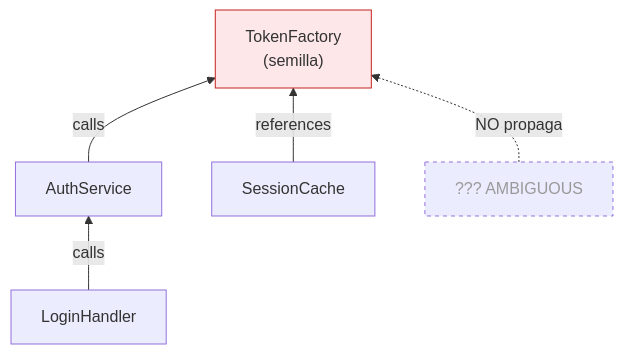
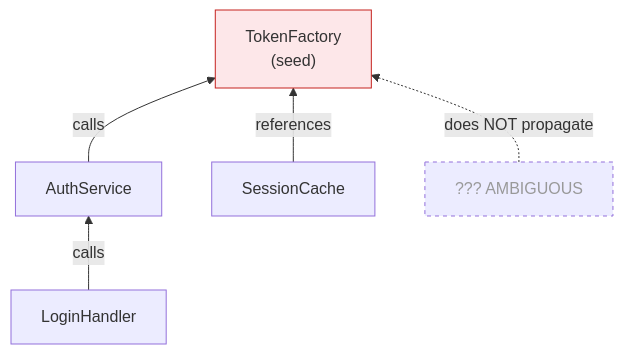
Before and after one commit to Kolimar/leina: the second of 5 diagrams in docs/concepts/03-busqueda-y-consultas.md, drawn with Mermaid. The commit also changed other lines of this file and 27 other files, not shown here.

````diff
--- a/docs/concepts/03-busqueda-y-consultas.md
+++ b/docs/concepts/03-busqueda-y-consultas.md
@@ -52,11 +53,11 @@
 ```mermaid
 flowchart BT
-    seed["TokenFactory<br/>(semilla)"]
+    seed["TokenFactory<br/>(seed)"]
     a["AuthService"] -->|calls| seed
     b["LoginHandler"] -->|calls| a
     c["SessionCache"] -->|references| seed
-    d["??? AMBIGUOUS"] -.->|NO propaga| seed
+    d["??? AMBIGUOUS"] -.->|does NOT propagate| seed
 
     style seed fill:#fde7e9,stroke:#c5221f
     style d stroke-dasharray: 4 4,color:#999
 ```
````
